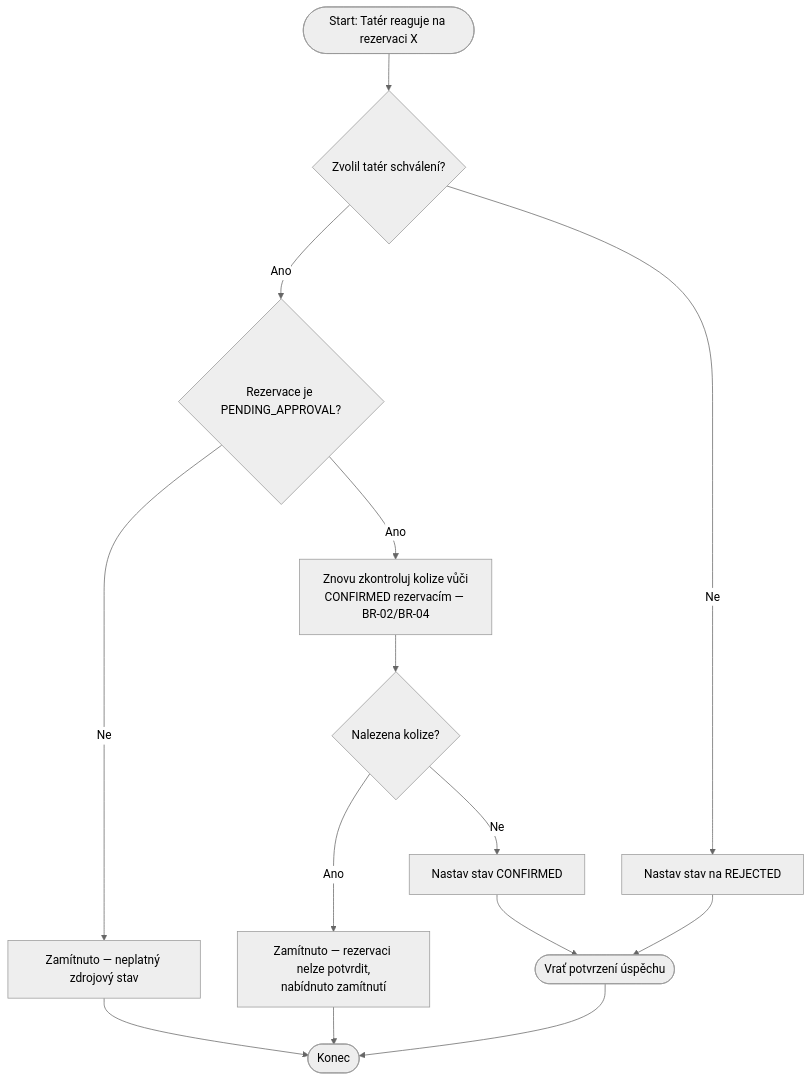
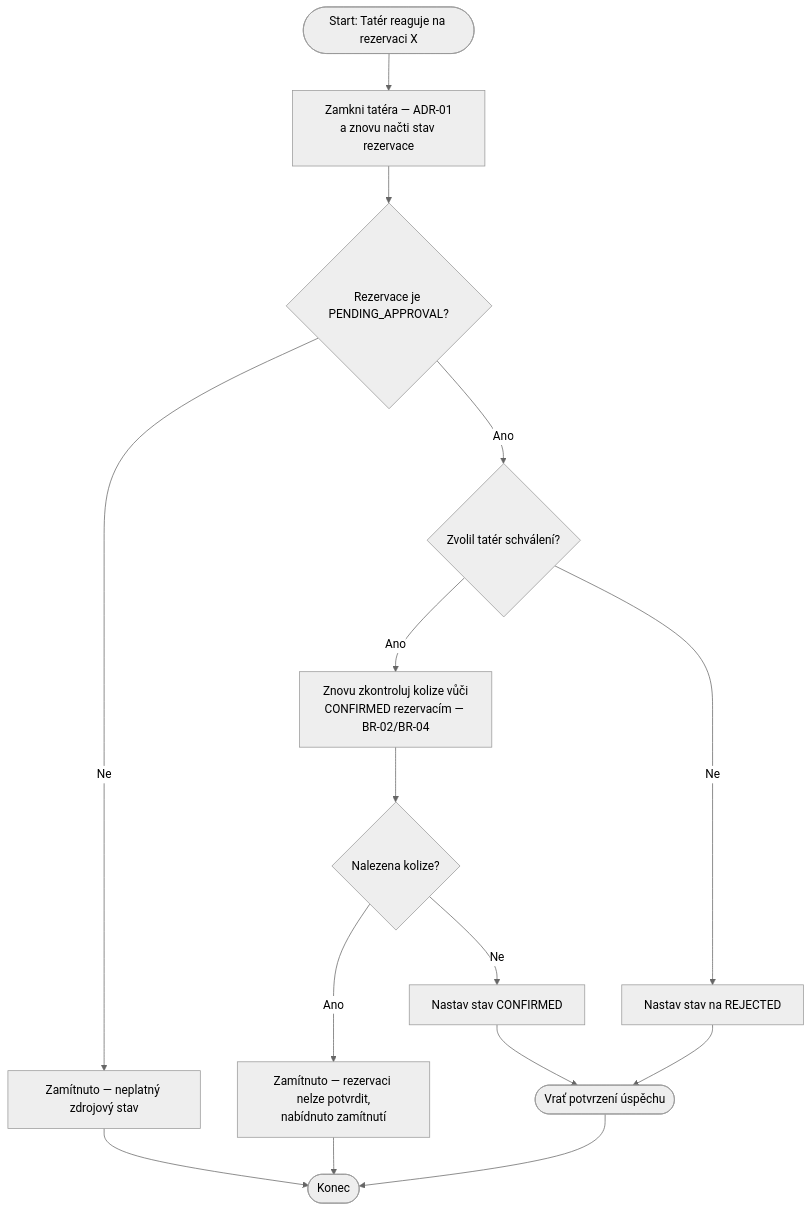
Before and after one commit to Eve-linnx/tattoo_reservation_system: the seventh of 7 diagrams in docs/diagrams.md, drawn with Mermaid (neutral theme). The commit also changed other lines of this file and 7 other files, not shown here.

````diff
--- a/docs/diagrams.md
+++ b/docs/diagrams.md
@@ -154,20 +161,21 @@
 ```mermaid
 flowchart TD
-    A([Start: Tatér reaguje na rezervaci X]) --> B{Zvolil tatér schválení?}
-    
+    A([Start: Tatér reaguje na rezervaci X]) --> L[Zamkni tatéra — ADR-01\na znovu načti stav rezervace]
+    L --> C{Rezervace je PENDING_APPROVAL?}
+    C -- Ne --> X1[Zamítnuto — neplatný zdrojový stav]
+    C -- Ano --> B{Zvolil tatér schválení?}
+
     B -- Ne --> Rej[Nastav stav na REJECTED]
-    
-    B -- Ano --> C{Rezervace je PENDING_APPROVAL?}
-    C -- Ne --> X1[Zamítnuto — neplatný zdrojový stav]
-    C -- Ano --> D[Znovu zkontroluj kolize vůči\nCONFIRMED rezervacím — BR-02/BR-04]
+
+    B -- Ano --> D[Znovu zkontroluj kolize vůči\nCONFIRMED rezervacím — BR-02/BR-04]
     
     D --> E{Nalezena kolize?}
     E -- Ano --> X2[Zamítnuto — rezervaci nelze potvrdit,\nnabídnuto zamítnutí]
     E -- Ne --> F[Nastav stav CONFIRMED]
     
     F --> G([Vrať potvrzení úspěchu])
     Rej --> G
     X1 --> End([Konec])
     X2 --> End
     G --> End
 ```
````
